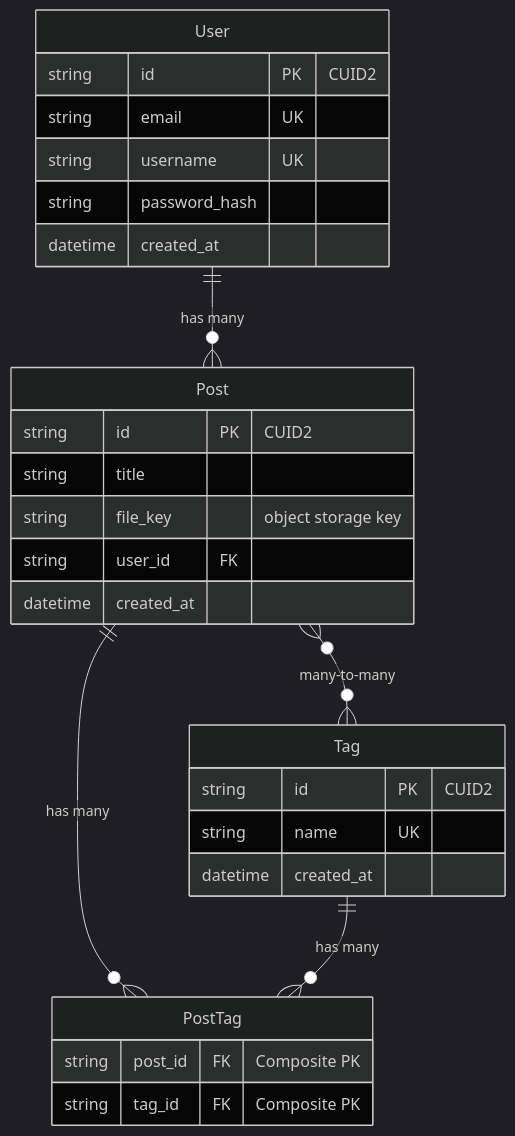
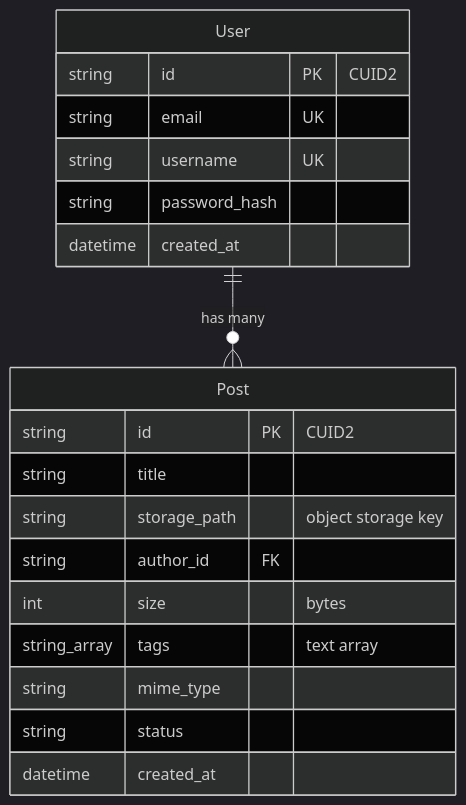
One commit to MozartSoares/NexusMedia changed the second of 4 diagrams in PROJECT_GUIDELINES.md. Above: the diagram before and after it, drawn with Mermaid (dark theme). The commit also changed other lines of this file and 25 other files, not shown here.

````diff
--- a/PROJECT_GUIDELINES.md
+++ b/PROJECT_GUIDELINES.md
@@ -130,34 +158,24 @@
 ```mermaid
 erDiagram
     User ||--o{ Post : "has many"
-    Post }o--o{ Tag : "many-to-many"
-    Post ||--o{ PostTag : "has many"
-    Tag ||--o{ PostTag : "has many"
 
     User {
         string id PK "CUID2"
         string email UK
         string username UK
         string password_hash
         datetime created_at
     }
 
     Post {
         string id PK "CUID2"
         string title
-        string file_key "object storage key"
-        string user_id FK
+        string storage_path "object storage key"
+        string author_id FK
+        int size "bytes"
+        string_array tags "text array"
+        string mime_type
+        string status
         datetime created_at
     }
-
-    Tag {
-        string id PK "CUID2"
-        string name UK
-        datetime created_at
-    }
-
-    PostTag {
-        string post_id FK "Composite PK"
-        string tag_id FK "Composite PK"
-    }
 ```
````
